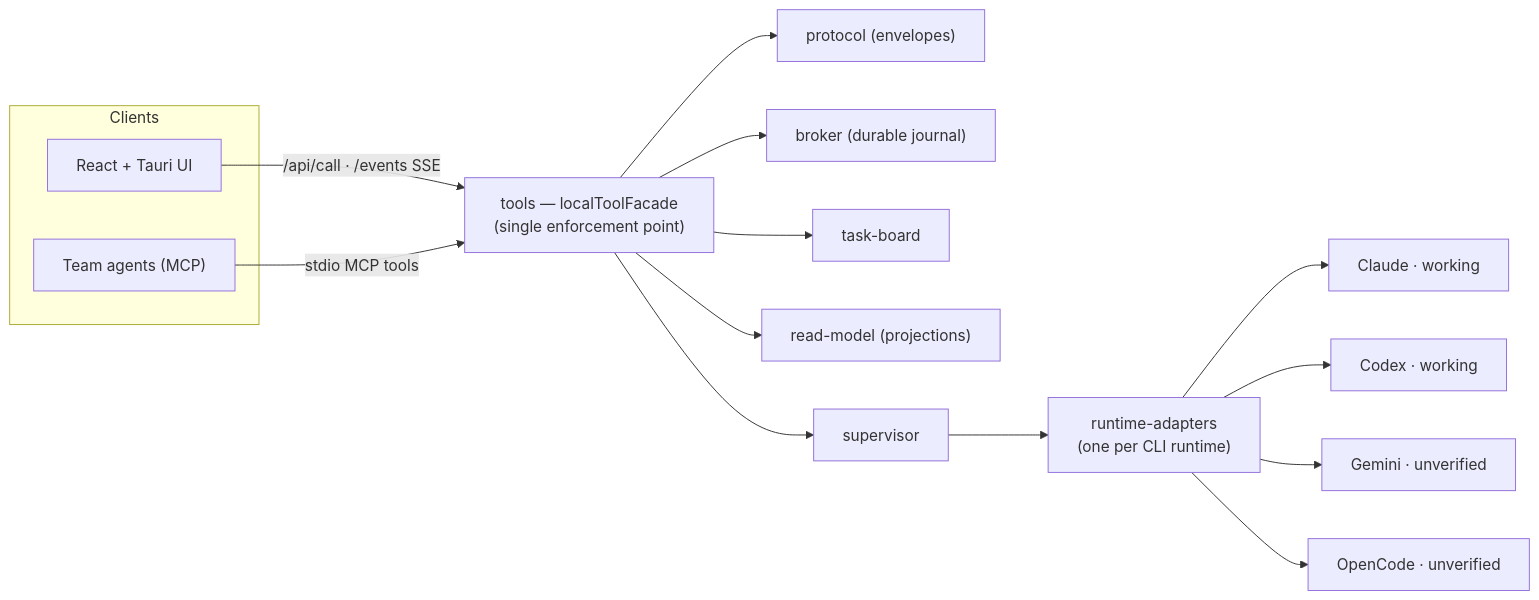
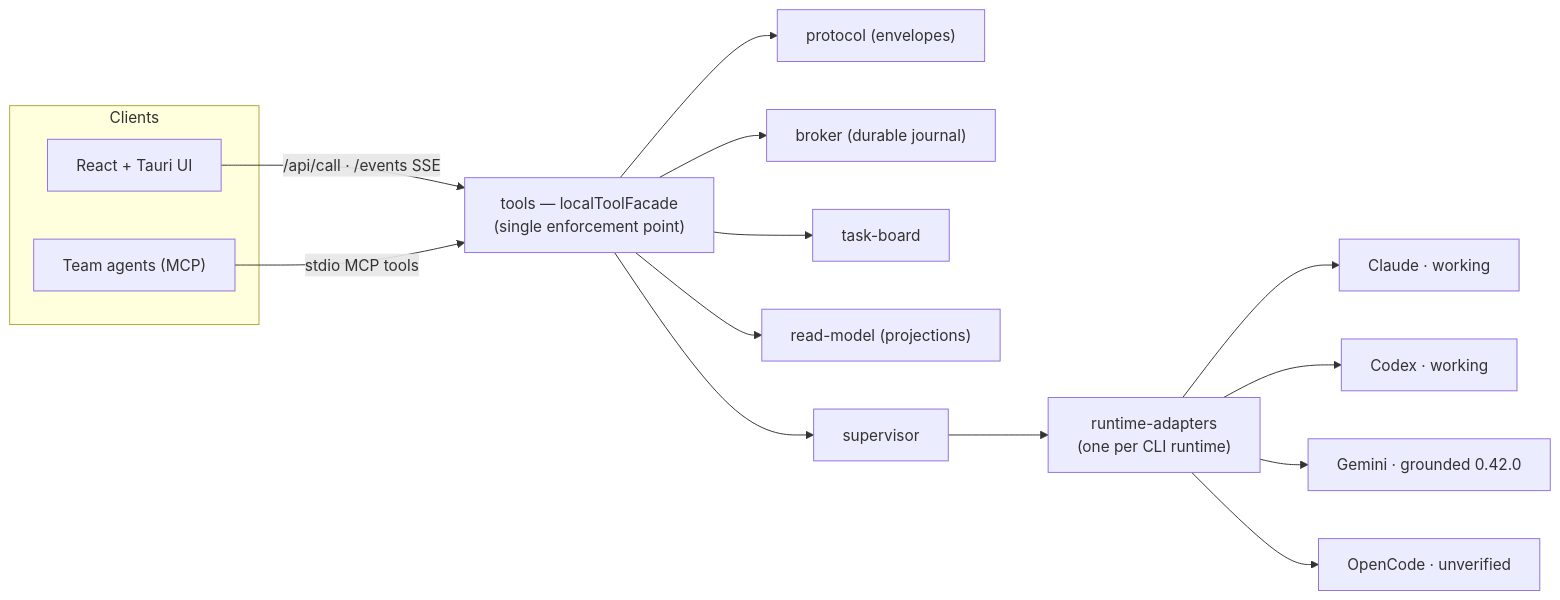
The diagram in toad-local/docs/ARCHITECTURE.md (TheOverAchievingDev/T.O.A.D), drawn with Mermaid before and after one commit. The commit also changed other lines of this file and 1 other file, not shown here.

Commit message:
docs(status): Gemini → grounded against gemini 0.42.0 (SP1b) with documented residuals (cross-restart resume, tool/error shapes, A4 probe) (SP1b Task 7)

````diff
--- a/toad-local/docs/ARCHITECTURE.md
+++ b/toad-local/docs/ARCHITECTURE.md
@@ -9,20 +9,20 @@
 ```mermaid
 flowchart LR
   subgraph clients["Clients"]
     UI["React + Tauri UI"]
     Agents["Team agents (MCP)"]
   end
   UI -->|"/api/call · /events SSE"| Facade
   Agents -->|"stdio MCP tools"| Facade
   Facade["tools — localToolFacade<br/>(single enforcement point)"]
   Facade --> Protocol["protocol (envelopes)"]
   Facade --> Broker["broker (durable journal)"]
   Facade --> Board["task-board"]
   Facade --> ReadModel["read-model (projections)"]
   Facade --> Supervisor["supervisor"]
   Supervisor --> Adapters["runtime-adapters<br/>(one per CLI runtime)"]
   Adapters --> Claude["Claude · working"]
   Adapters --> Codex["Codex · working"]
-  Adapters --> Gemini["Gemini · unverified"]
+  Adapters --> Gemini["Gemini · grounded 0.42.0"]
   Adapters --> Opencode["OpenCode · unverified"]
 ```
````
